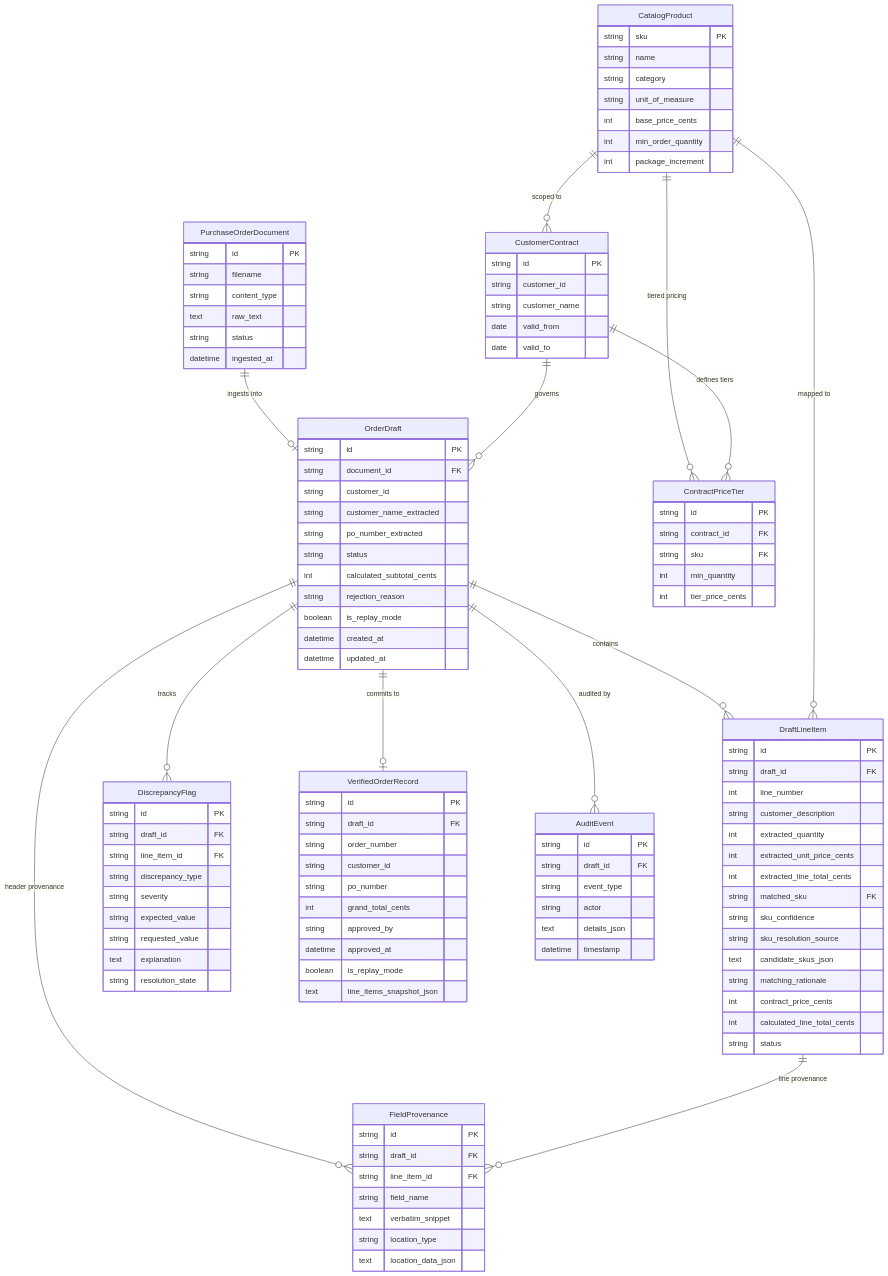
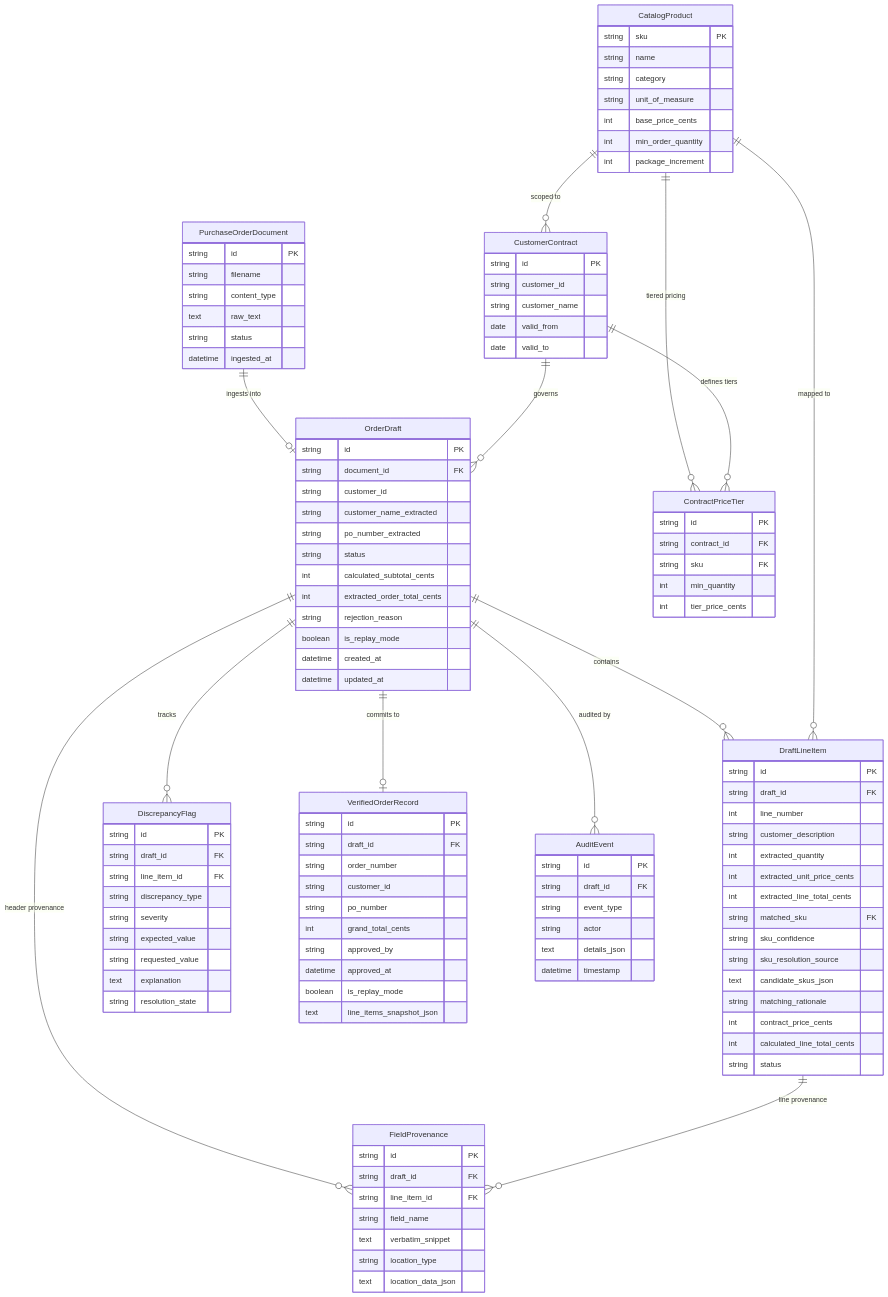
Before and after one commit to Mr-Ressentiment/training_best2026: the first of 2 diagrams in specs/001-ordershield-po-reconciliation/data-model.md, drawn with Mermaid. The commit also changed other lines of this file and 8 other files, not shown here.

Commit message:
feat(p2): add source-backed order total contract

```diff
--- a/specs/001-ordershield-po-reconciliation/data-model.md
+++ b/specs/001-ordershield-po-reconciliation/data-model.md
@@ -46,6 +46,7 @@
         string po_number_extracted
         string status
         int calculated_subtotal_cents
+        int extracted_order_total_cents
         string rejection_reason
         boolean is_replay_mode
         datetime created_at
```
